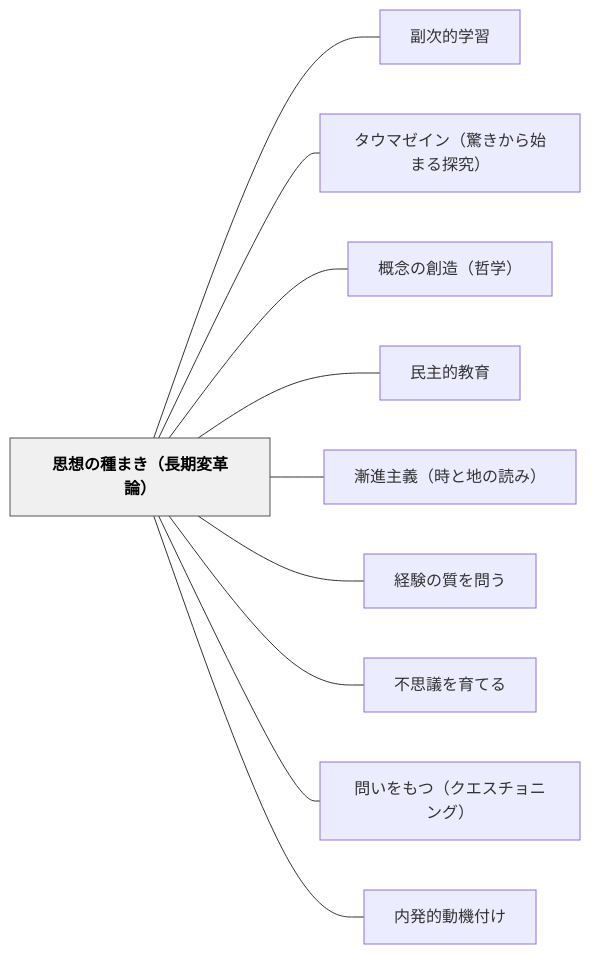
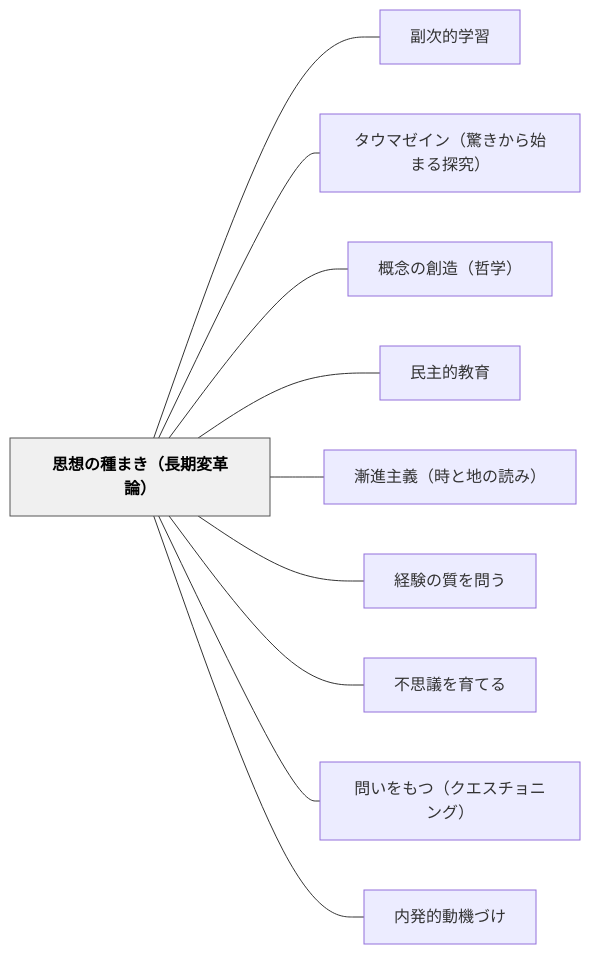
Before and after one commit to unknownthings-ed-patterns/unknownthings-ed-patterns: the diagram in content/パタン/思想の種まき（長期変革論）.md, drawn with Mermaid. The commit also changed other lines of this file and 234 other files, not shown here.

````diff
--- a/content/パタン/思想の種まき（長期変革論）.md
+++ b/content/パタン/思想の種まき（長期変革論）.md
@@ -147,26 +147,26 @@
 ```mermaid
 flowchart LR
     ne6809de683b3e381aee7a8aee381bee3818defbc88e995b7e69c9fe5a489e99da9e8ab96efbc89["思想の種まき（長期変革論）"]
     ne589afe6aca1e79a84e5ada6e7bf92["副次的学習"]
     ne382bfe382a6e3839ee382bce382a4e383b3efbc88e9a99ae3818de3818be38289e5a78be381bee3828be68ea2e7a9b6efbc89["タウマゼイン（驚きから始まる探究）"]
     ne6a682e5bfb5e381aee589b5e980a0efbc88e593b2e5ada6efbc89["概念の創造（哲学）"]
     ne6b091e4b8bbe79a84e69599e882b2["民主的教育"]
     ne6bcb8e980b2e4b8bbe7bea9efbc88e69982e381a8e59cb0e381aee8aaade381bfefbc89["漸進主義（時と地の読み）"]
     ne7b58ce9a893e381aee8b3aae38292e5958fe38186["経験の質を問う"]
     ne4b88de6809de8adb0e38292e882b2e381a6e3828b["不思議を育てる"]
     ne5958fe38184e38292e38282e381a4efbc88e382afe382a8e382b9e38381e383a7e3838be383b3e382b0efbc89["問いをもつ（クエスチョニング）"]
-    ne58685e799bae79a84e58b95e6a99fe4bb98e38191["内発的動機付け"]
+    ne58685e799bae79a84e58b95e6a99fe381a5e38191["内発的動機づけ"]
 
     ne6809de683b3e381aee7a8aee381bee3818defbc88e995b7e69c9fe5a489e99da9e8ab96efbc89 --- ne589afe6aca1e79a84e5ada6e7bf92
     ne6809de683b3e381aee7a8aee381bee3818defbc88e995b7e69c9fe5a489e99da9e8ab96efbc89 --- ne382bfe382a6e3839ee382bce382a4e383b3efbc88e9a99ae3818de3818be38289e5a78be381bee3828be68ea2e7a9b6efbc89
     ne6809de683b3e381aee7a8aee381bee3818defbc88e995b7e69c9fe5a489e99da9e8ab96efbc89 --- ne6a682e5bfb5e381aee589b5e980a0efbc88e593b2e5ada6efbc89
     ne6809de683b3e381aee7a8aee381bee3818defbc88e995b7e69c9fe5a489e99da9e8ab96efbc89 --- ne6b091e4b8bbe79a84e69599e882b2
     ne6809de683b3e381aee7a8aee381bee3818defbc88e995b7e69c9fe5a489e99da9e8ab96efbc89 --- ne6bcb8e980b2e4b8bbe7bea9efbc88e69982e381a8e59cb0e381aee8aaade381bfefbc89
     ne6809de683b3e381aee7a8aee381bee3818defbc88e995b7e69c9fe5a489e99da9e8ab96efbc89 --- ne7b58ce9a893e381aee8b3aae38292e5958fe38186
     ne6809de683b3e381aee7a8aee381bee3818defbc88e995b7e69c9fe5a489e99da9e8ab96efbc89 --- ne4b88de6809de8adb0e38292e882b2e381a6e3828b
     ne6809de683b3e381aee7a8aee381bee3818defbc88e995b7e69c9fe5a489e99da9e8ab96efbc89 --- ne5958fe38184e38292e38282e381a4efbc88e382afe382a8e382b9e38381e383a7e3838be383b3e382b0efbc89
-    ne6809de683b3e381aee7a8aee381bee3818defbc88e995b7e69c9fe5a489e99da9e8ab96efbc89 --- ne58685e799bae79a84e58b95e6a99fe4bb98e38191
+    ne6809de683b3e381aee7a8aee381bee3818defbc88e995b7e69c9fe5a489e99da9e8ab96efbc89 --- ne58685e799bae79a84e58b95e6a99fe381a5e38191
 
     classDef hub fill:#f0f0f0,stroke:#555,color:#000,font-weight:bold
     class ne6809de683b3e381aee7a8aee381bee3818defbc88e995b7e69c9fe5a489e99da9e8ab96efbc89 hub
 ```
````
